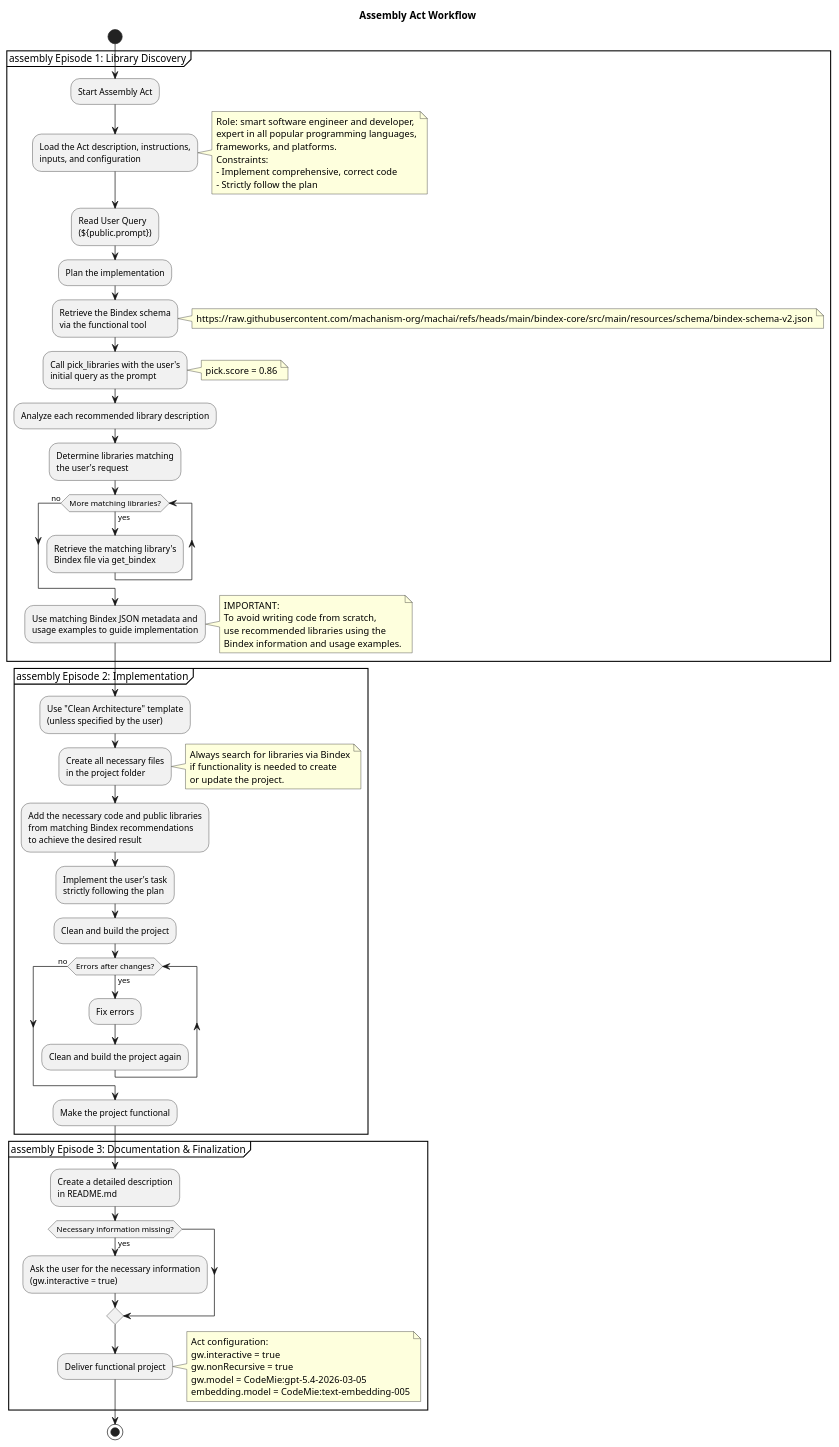
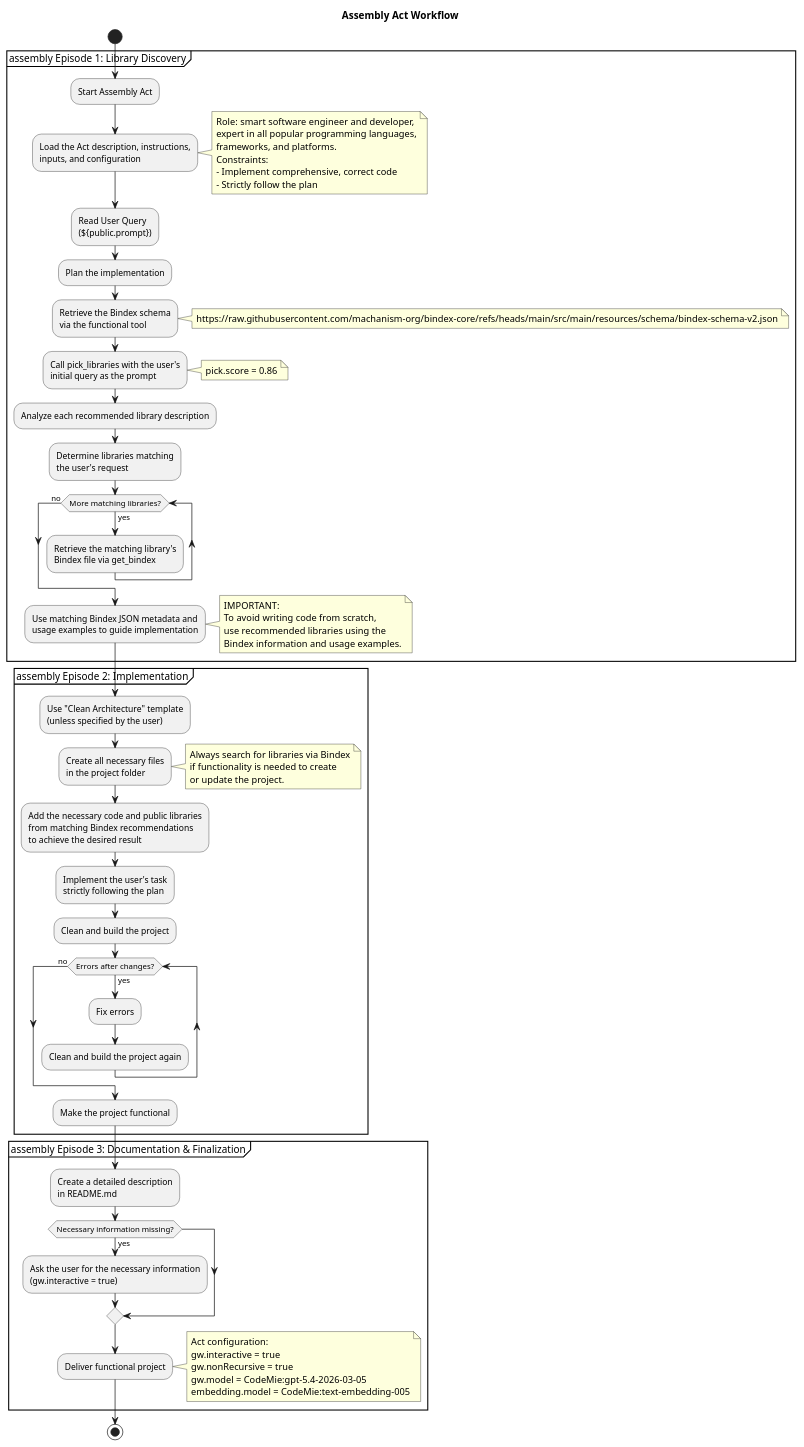
The diagram in src/site/puml/assembly-act-workflow.puml (machanism-org/bindex-core), drawn with PlantUML before and after one commit. The commit also changed 9 other files, not shown here.

Commit message:
fix schema repository references

```diff
--- a/src/site/puml/assembly-act-workflow.puml
+++ b/src/site/puml/assembly-act-workflow.puml
@@ -5,77 +5,77 @@
 @startuml assembly-workflow
 
 title Assembly Act Workflow
 
 start
 
 partition "assembly Episode 1: Library Discovery" {
   :Start Assembly Act;
   :Load the Act description, instructions,\ninputs, and configuration;
   note right
     Role: smart software engineer and developer,
     expert in all popular programming languages,
     frameworks, and platforms.
     Constraints:
     - Implement comprehensive, correct code
     - Strictly follow the plan
   end note
   :Read User Query\n(${public.prompt});
   :Plan the implementation;
   :Retrieve the Bindex schema\nvia the functional tool;
   note right
-    https://raw.githubusercontent.com/machanism-org/machai/refs/heads/main/bindex-core/src/main/resources/schema/bindex-schema-v2.json
+    https://raw.githubusercontent.com/machanism-org/bindex-core/refs/heads/main/src/main/resources/schema/bindex-schema-v2.json
   end note
   :Call pick_libraries with the user's\ninitial query as the prompt;
   note right
     pick.score = 0.86
   end note
   :Analyze each recommended library description;
   :Determine libraries matching\nthe user's request;
   while (More matching libraries?) is (yes)
     :Retrieve the matching library's\nBindex file via get_bindex;
   endwhile (no)
   :Use matching Bindex JSON metadata and\nusage examples to guide implementation;
   note right
     IMPORTANT:
     To avoid writing code from scratch,
     use recommended libraries using the
     Bindex information and usage examples.
   end note
 }
 
 partition "assembly Episode 2: Implementation" {
   :Use "Clean Architecture" template\n(unless specified by the user);
   :Create all necessary files\nin the project folder;
   note right
     Always search for libraries via Bindex
     if functionality is needed to create
     or update the project.
   end note
   :Add the necessary code and public libraries\nfrom matching Bindex recommendations\nto achieve the desired result;
   :Implement the user's task\nstrictly following the plan;
   :Clean and build the project;
   while (Errors after changes?) is (yes)
     :Fix errors;
     :Clean and build the project again;
   endwhile (no)
   :Make the project functional;
 }
 
 partition "assembly Episode 3: Documentation & Finalization" {
   :Create a detailed description\nin README.md;
   if (Necessary information missing?) then (yes)
     :Ask the user for the necessary information\n(gw.interactive = true);
   endif
   :Deliver functional project;
   note right
     Act configuration:
     gw.interactive = true
     gw.nonRecursive = true
     gw.model = CodeMie:gpt-5.4-2026-03-05
     embedding.model = CodeMie:text-embedding-005
   end note
 }
 
 stop
 
 @enduml
```
